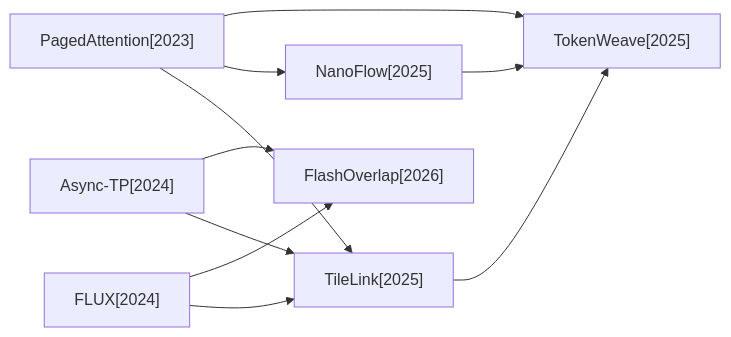
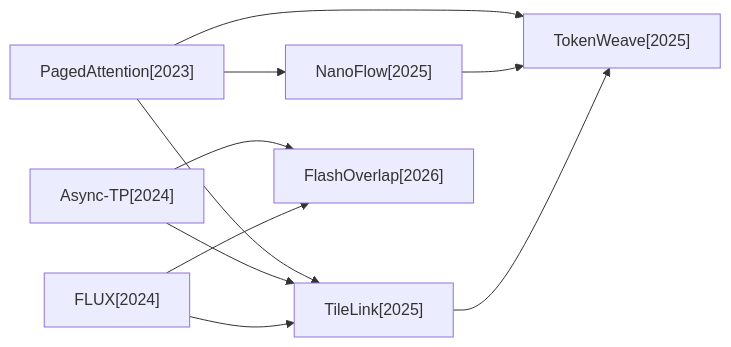
Before and after one commit to hustzxd/EfficientPaper: the first of 5 diagrams in docs/baseline_methods_graph.md, drawn with Mermaid. The commit also changed other lines of this file and 4 other files, not shown here.

````diff
--- a/docs/baseline_methods_graph.md
+++ b/docs/baseline_methods_graph.md
@@ -7,19 +7,19 @@
 ```mermaid
 flowchart LR
+    2023_PagedAttention["PagedAttention[2023]"]
+    2025_TokenWeave["TokenWeave[2025]"]
+    2024_Async_TP["Async-TP[2024]"]
+    2025_NanoFlow["NanoFlow[2025]"]
     2024_FLUX["FLUX[2024]"]
-    2025_NanoFlow["NanoFlow[2025]"]
-    2024_Async_TP["Async-TP[2024]"]
-    2025_TokenWeave["TokenWeave[2025]"]
     2025_TileLink["TileLink[2025]"]
     2026_FlashOverlap["FlashOverlap[2026]"]
-    2023_PagedAttention["PagedAttention[2023]"]
-    2024_FLUX --> 2025_TileLink
-    2024_FLUX --> 2026_FlashOverlap
-    2025_NanoFlow --> 2025_TokenWeave
-    2024_Async_TP --> 2025_TileLink
-    2024_Async_TP --> 2026_FlashOverlap
-    2025_TileLink --> 2025_TokenWeave
     2023_PagedAttention --> 2025_TileLink
     2023_PagedAttention --> 2025_NanoFlow
     2023_PagedAttention --> 2025_TokenWeave
+    2024_Async_TP --> 2025_TileLink
+    2024_Async_TP --> 2026_FlashOverlap
+    2025_NanoFlow --> 2025_TokenWeave
+    2024_FLUX --> 2025_TileLink
+    2024_FLUX --> 2026_FlashOverlap
+    2025_TileLink --> 2025_TokenWeave
 ```
````
